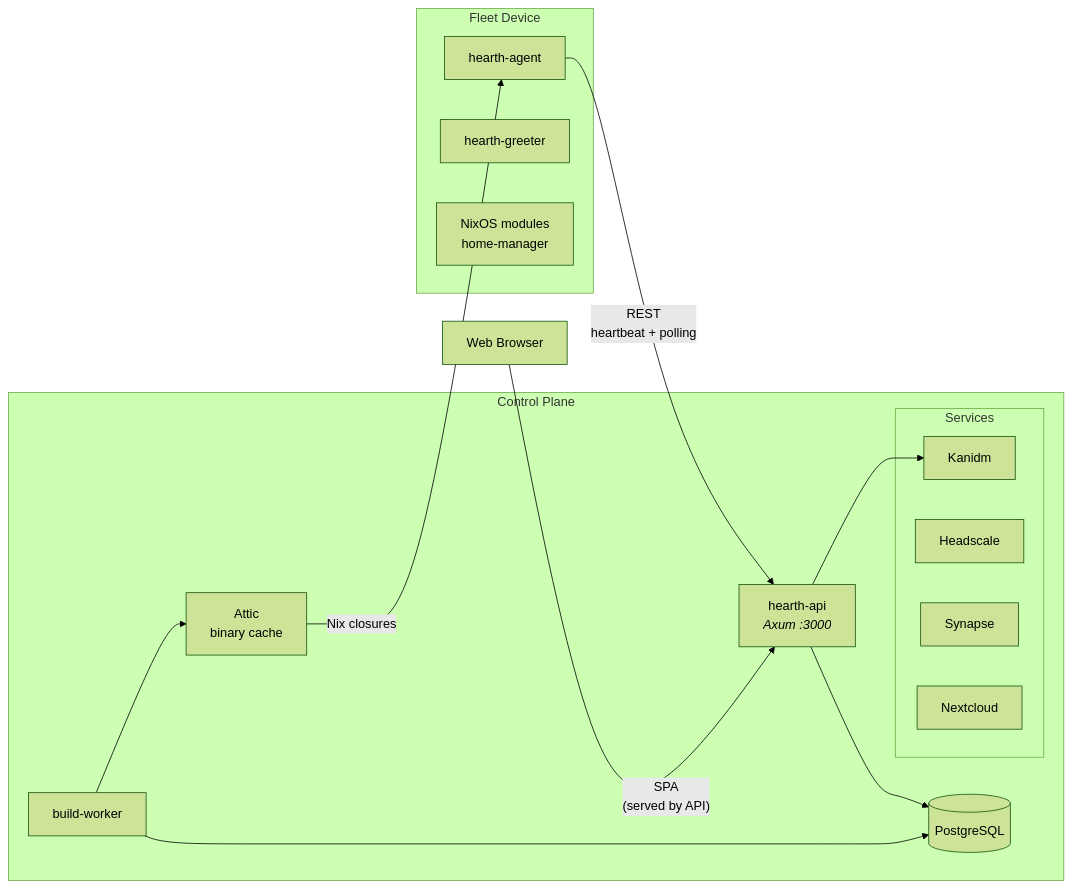
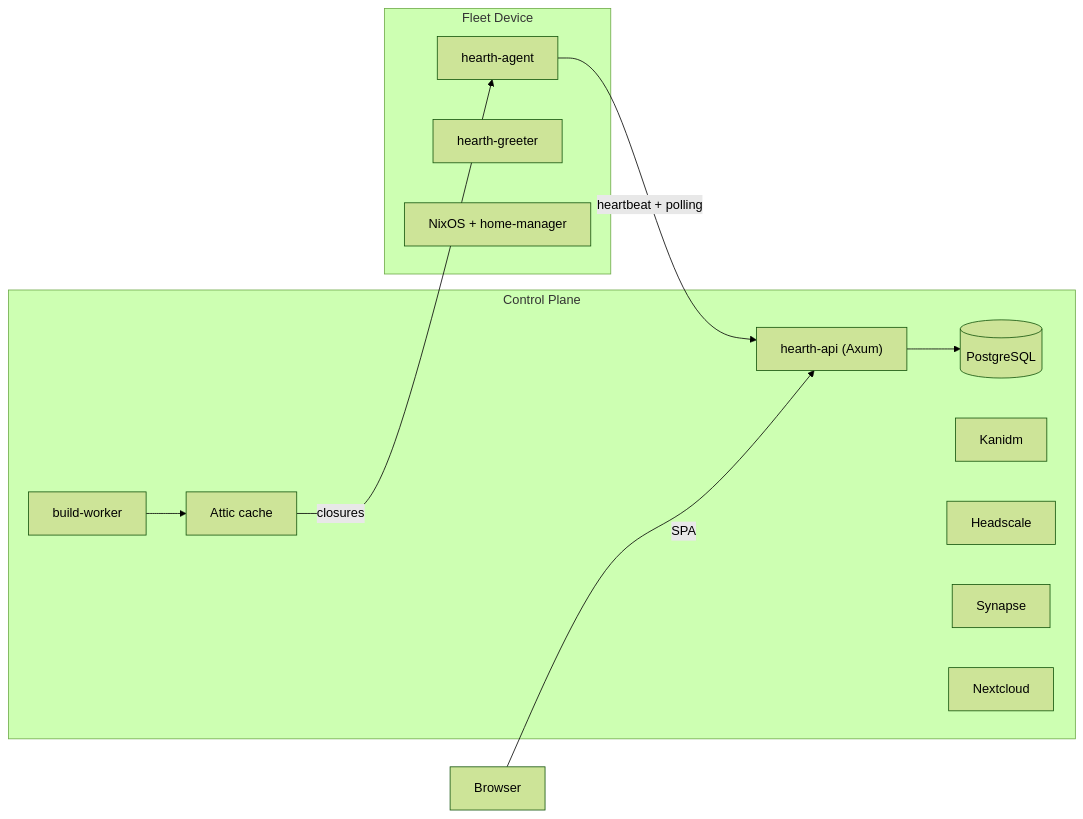
One commit to ChristopherJMiller/hearth changed the diagram in README.md. Above: the diagram before and after it, drawn with Mermaid (forest theme). The commit also changed other lines of this file, not shown here.

````diff
--- a/README.md
+++ b/README.md
@@ -22,31 +13,25 @@
 ```mermaid
 graph LR
     subgraph device["Fleet Device"]
         agent[hearth-agent]
         greeter[hearth-greeter]
-        nix[NixOS modules<br/>home-manager]
+        nix[NixOS + home-manager]
     end
 
     subgraph control["Control Plane"]
-        api[hearth-api<br/><i>Axum :3000</i>]
+        api["hearth-api (Axum)"]
         db[(PostgreSQL)]
         worker[build-worker]
-        cache[Attic<br/>binary cache]
-        subgraph services["Services"]
-            kanidm[Kanidm]
-            headscale[Headscale]
-            synapse[Synapse]
-            nextcloud[Nextcloud]
-        end
+        cache[Attic cache]
+        kanidm[Kanidm]
+        headscale[Headscale]
+        synapse[Synapse]
+        nextcloud[Nextcloud]
     end
 
-    browser[Web Browser]
-
-    agent -- "REST<br/>heartbeat + polling" --> api
+    agent -- "heartbeat + polling" --> api
     api --> db
-    worker --> db
     worker --> cache
-    cache -- "Nix closures" --> agent
-    api --> kanidm
-    browser -- "SPA<br/>(served by API)" --> api
+    cache -- "closures" --> agent
+    browser[Browser] -- "SPA" --> api
 ```
````
